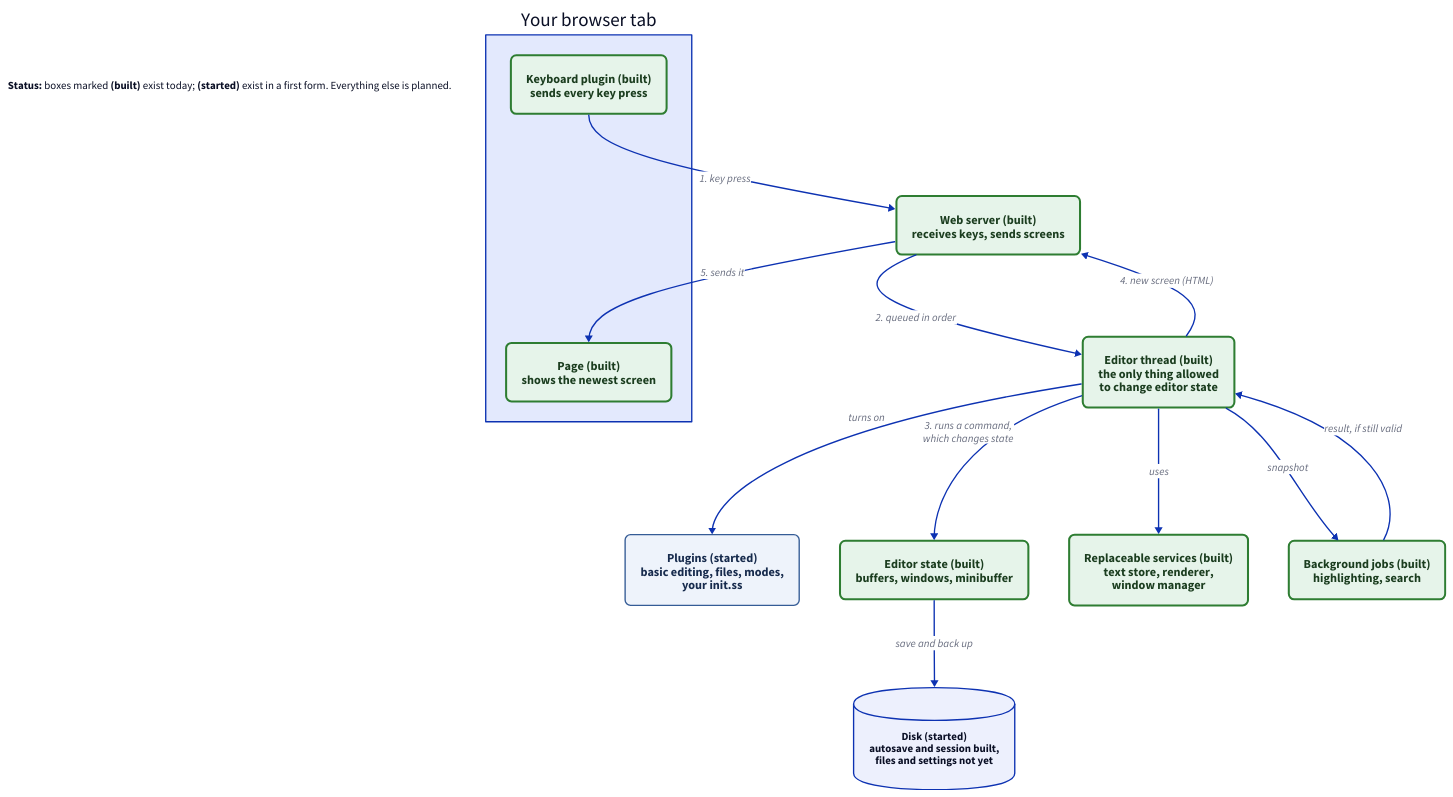
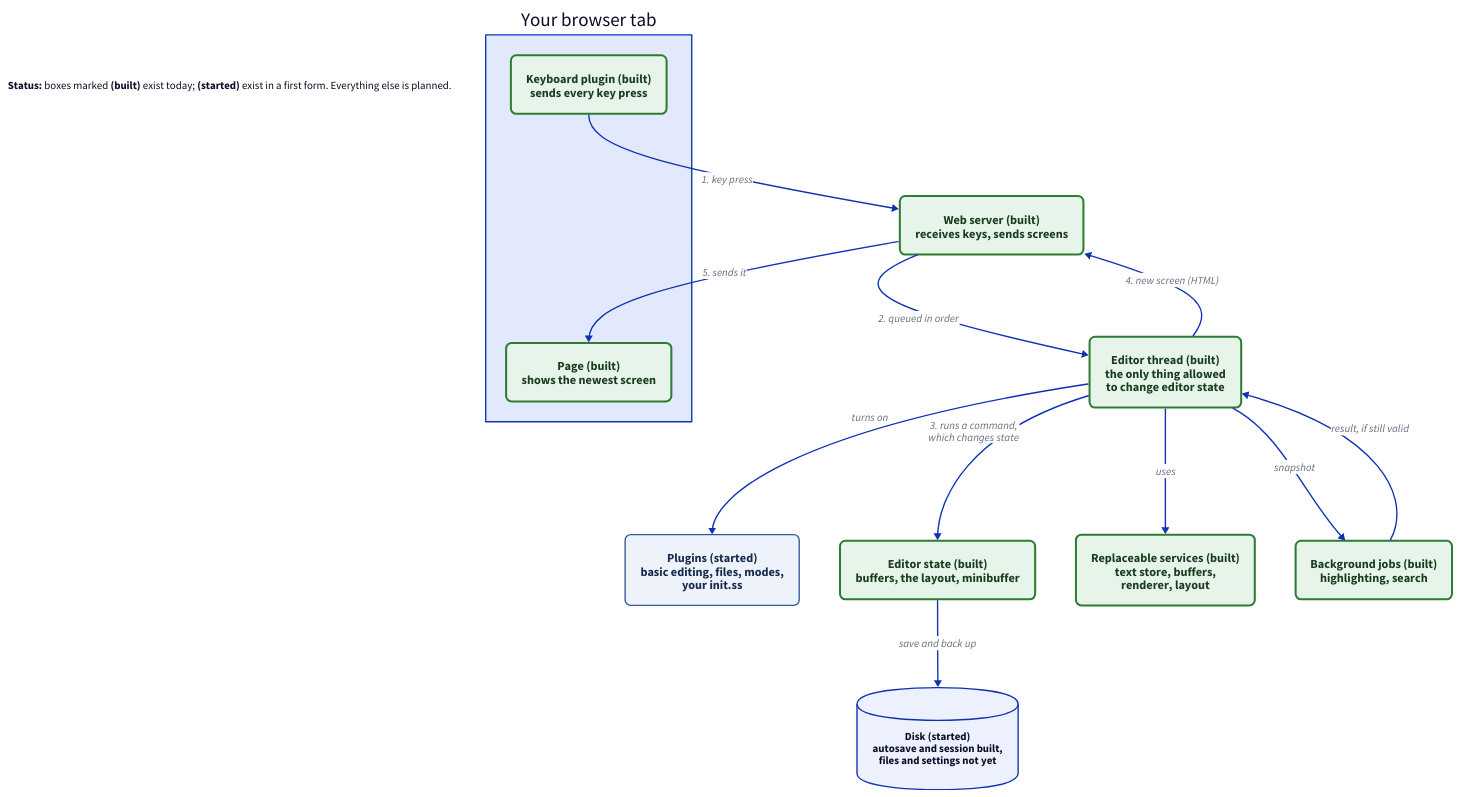
The diagram in docs/diagrams/big-picture.d2 (jaybonthius/tuna), drawn with D2 before and after one commit. The commit also changed 13 other files, not shown here.

Commit message:
Record the buffers, views and layout milestone

```diff
--- a/docs/diagrams/big-picture.d2
+++ b/docs/diagrams/big-picture.d2
@@ -1,60 +1,60 @@
 # What are the big parts of Tuna, and how do they talk?
 vars: {
   d2-config: {
     layout-engine: dagre
     theme-id: 0
   }
 }
 direction: down
 
 classes: {
   part: {
     style: {
       fill: "#eef3fb"
       stroke: "#355c96"
       font-color: "#172b4d"
       border-radius: 8
       font-size: 18
     }
   }
   built: {
     style: {
       fill: "#e6f4ea"
       stroke: "#2e7d32"
       font-color: "#1b3d1f"
       border-radius: 8
       stroke-width: 3
       font-size: 18
     }
   }
 }
 
 legend: |md
   **Status:** boxes marked **(built)** exist today; **(started)** exist in a first form.
   Everything else is planned.
 |
 
 browser: Your browser tab {
   keys: Keyboard plugin (built)\nsends every key press {class: built}
   page: Page (built)\nshows the newest screen {class: built}
 }
 
 plugins: Plugins (started)\nbasic editing, files, modes,\nyour init.ss {class: part}
 web: Web server (built)\nreceives keys, sends screens {class: built}
 editor: Editor thread (built)\nthe only thing allowed\nto change editor state {class: built}
-state: Editor state (built)\nbuffers, windows, minibuffer {class: built}
-services: Replaceable services (built)\ntext store, renderer,\nwindow manager {class: built}
+state: Editor state (built)\nbuffers, the layout, minibuffer {class: built}
+services: Replaceable services (built)\ntext store, buffers,\nrenderer, layout {class: built}
 jobs: Background jobs (built)\nhighlighting, search {class: built}
 disk: "Disk (started)\nautosave and session built,\nfiles and settings not yet" {shape: cylinder}
 
 browser.keys -> web: 1. key press
 web -> editor: 2. queued in order
 editor -> state: 3. runs a command,\nwhich changes state
 editor -> web: 4. new screen (HTML)
 web -> browser.page: 5. sends it
 
 editor -> plugins: turns on
 editor -> services: uses
 editor -> jobs: snapshot
 jobs -> editor: result, if still valid
 state -> disk: save and back up
```
